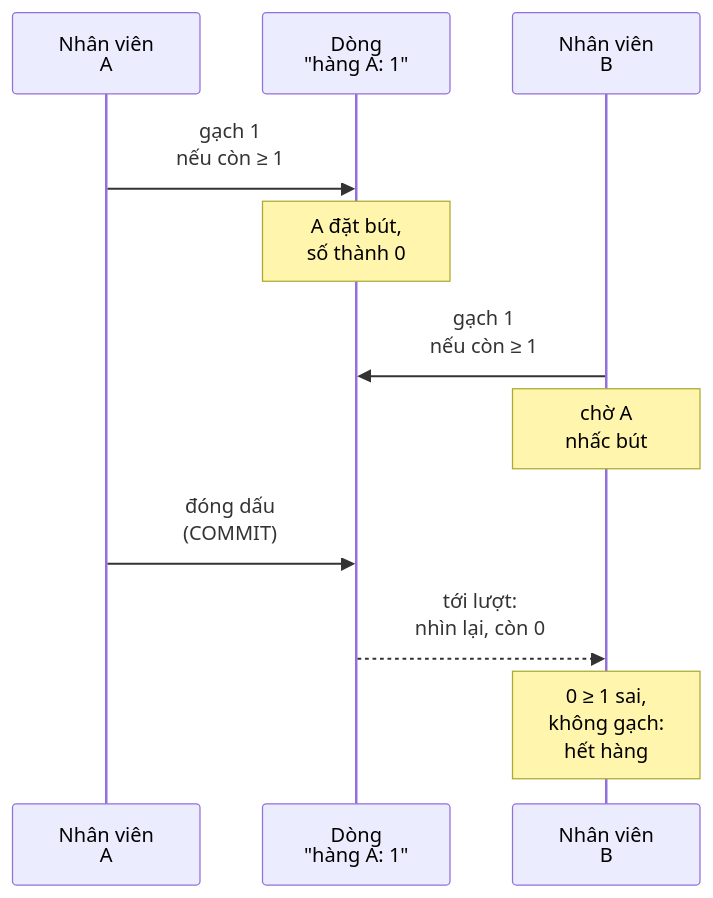
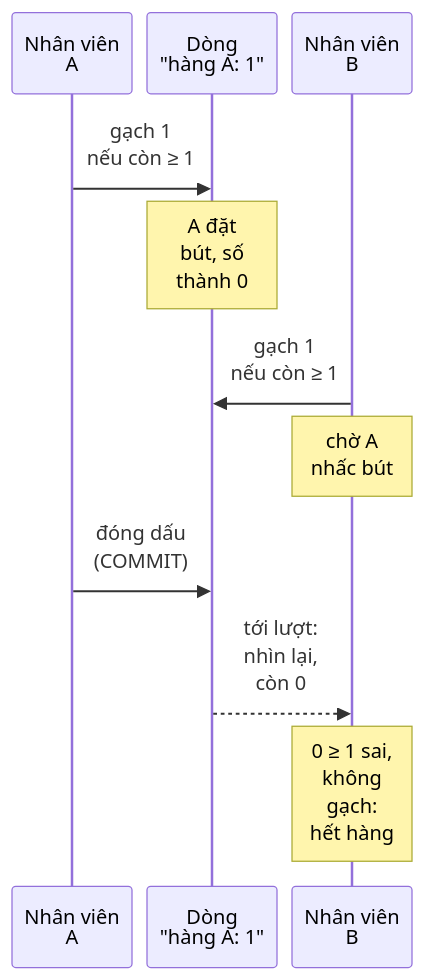
One commit to duongbui234/software-engineering-atlas changed the diagram in content/posts/2026-11-22-transactions-atomic-update.md. Above: the diagram before and after it, drawn with Mermaid. The commit also changed 134 other files, not shown here.

First line of the commit message:
Fit every Mermaid diagram at 390px without sideways scroll (#56)

````diff
--- a/content/posts/2026-11-22-transactions-atomic-update.md
+++ b/content/posts/2026-11-22-transactions-atomic-update.md
@@ -46,13 +46,14 @@
 ```mermaid
+%%{init: {"sequence": {"width": 60, "actorMargin": 6, "diagramMarginX": 4}}}%%
 sequenceDiagram
     participant A as Nhân viên<br/>A
     participant S as Dòng<br/>"hàng A: 1"
     participant B as Nhân viên<br/>B
     A->>S: gạch 1<br/>nếu còn ≥ 1
-    Note over S: A đặt bút,<br/>số thành 0
+    Note over S: A đặt<br/>bút, số<br/>thành 0
     B->>S: gạch 1<br/>nếu còn ≥ 1
     Note over B: chờ A<br/>nhấc bút
     A->>S: đóng dấu<br/>(COMMIT)
-    S-->>B: tới lượt:<br/>nhìn lại, còn 0
-    Note over B: 0 ≥ 1 sai,<br/>không gạch:<br/>hết hàng
+    S-->>B: tới lượt:<br/>nhìn lại,<br/>còn 0
+    Note over B: 0 ≥ 1 sai,<br/>không<br/>gạch:<br/>hết hàng
 ```
````
